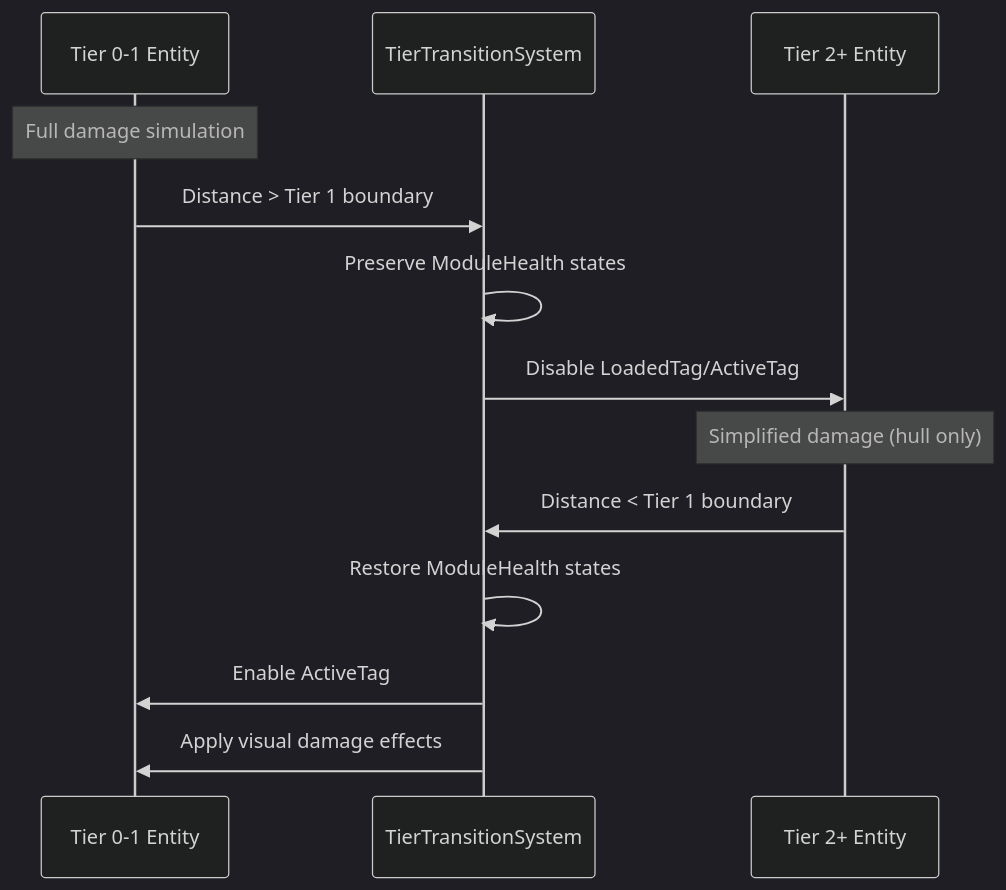
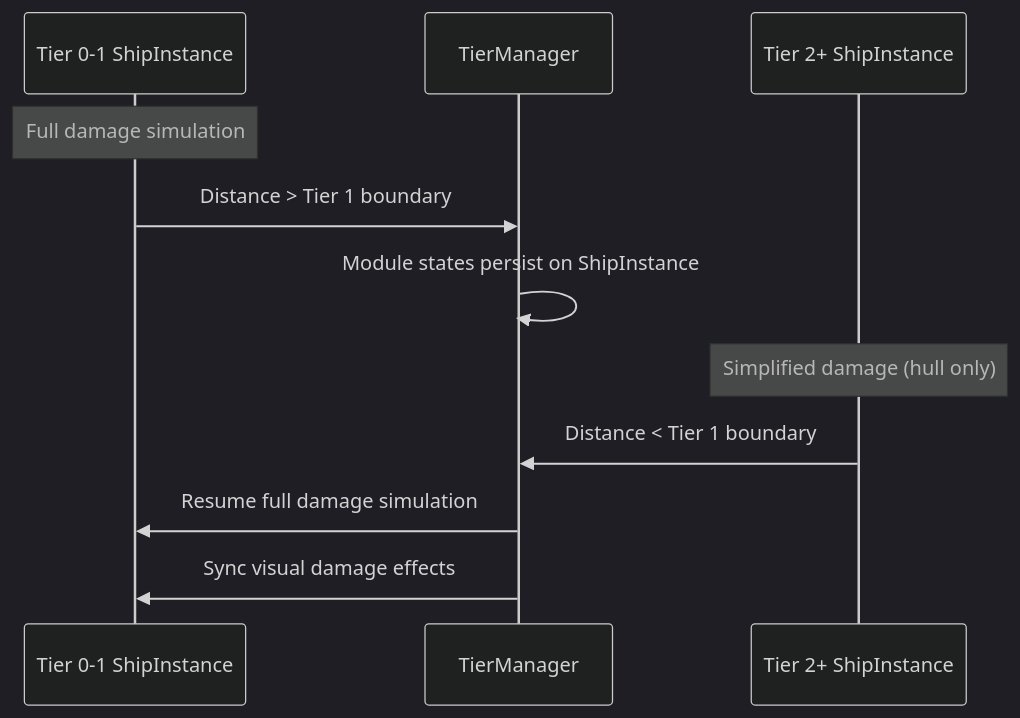
Before and after one commit to zephkelly/starfire: the sixth of 6 diagrams in .obsidian/architecture/09-progressive-destruction.md, drawn with Mermaid (dark theme). The commit also changed other lines of this file and 27 other files, not shown here.

Commit message:
feat: update architecture docs to include modding system

````diff
--- a/.obsidian/architecture/09-progressive-destruction.md
+++ b/.obsidian/architecture/09-progressive-destruction.md
@@ -943,17 +781,15 @@
 ```mermaid
 sequenceDiagram
-    participant T01 as Tier 0-1 Entity
-    participant TTS as TierTransitionSystem
-    participant T2 as Tier 2+ Entity
+    participant T01 as Tier 0-1 ShipInstance
+    participant TM as TierManager
+    participant T2 as Tier 2+ ShipInstance
 
     Note over T01: Full damage simulation
-    T01->>TTS: Distance > Tier 1 boundary
-    TTS->>TTS: Preserve ModuleHealth states
-    TTS->>T2: Disable LoadedTag/ActiveTag
+    T01->>TM: Distance > Tier 1 boundary
+    TM->>TM: Module states persist on ShipInstance
 
     Note over T2: Simplified damage (hull only)
-    T2->>TTS: Distance < Tier 1 boundary
-    TTS->>TTS: Restore ModuleHealth states
-    TTS->>T01: Enable ActiveTag
-    TTS->>T01: Apply visual damage effects
+    T2->>TM: Distance < Tier 1 boundary
+    TM->>T01: Resume full damage simulation
+    TM->>T01: Sync visual damage effects
 ```
````
